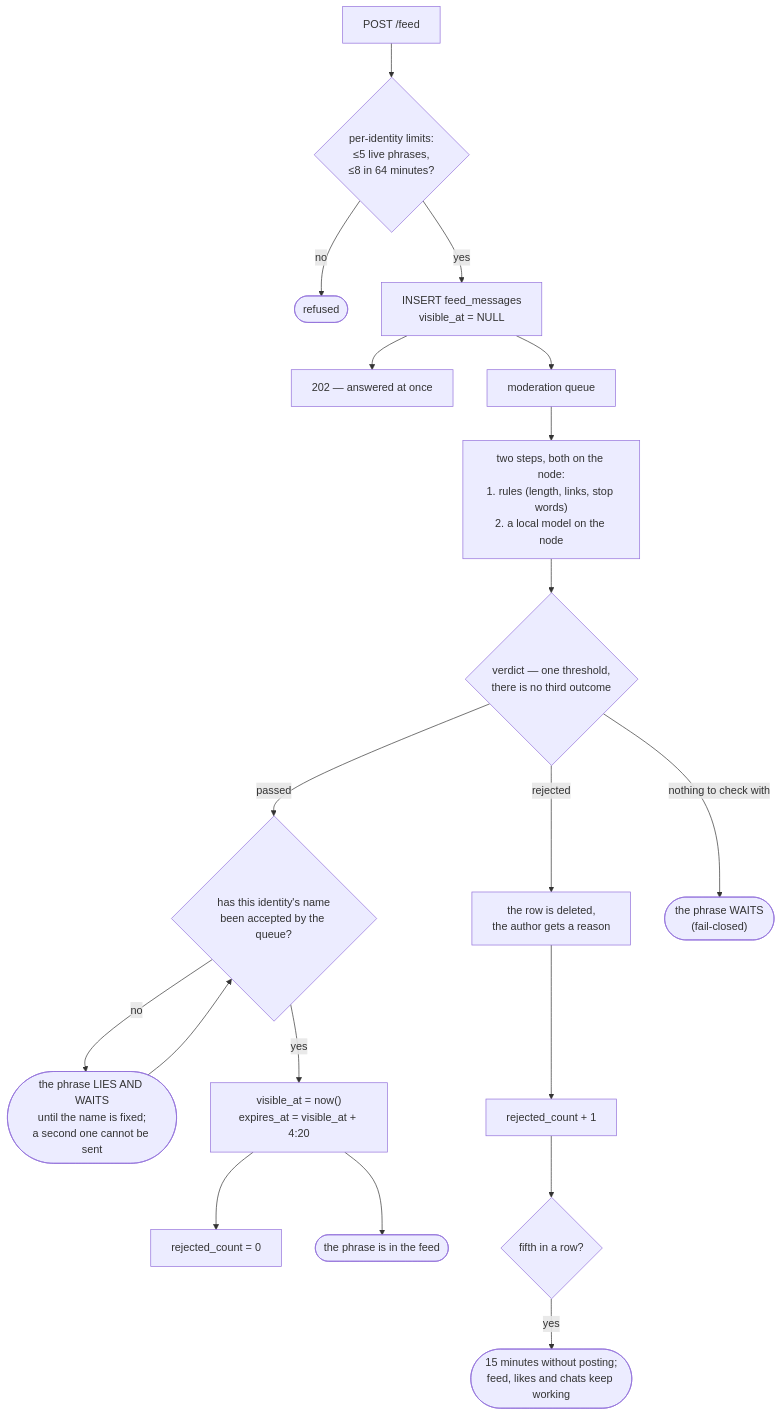
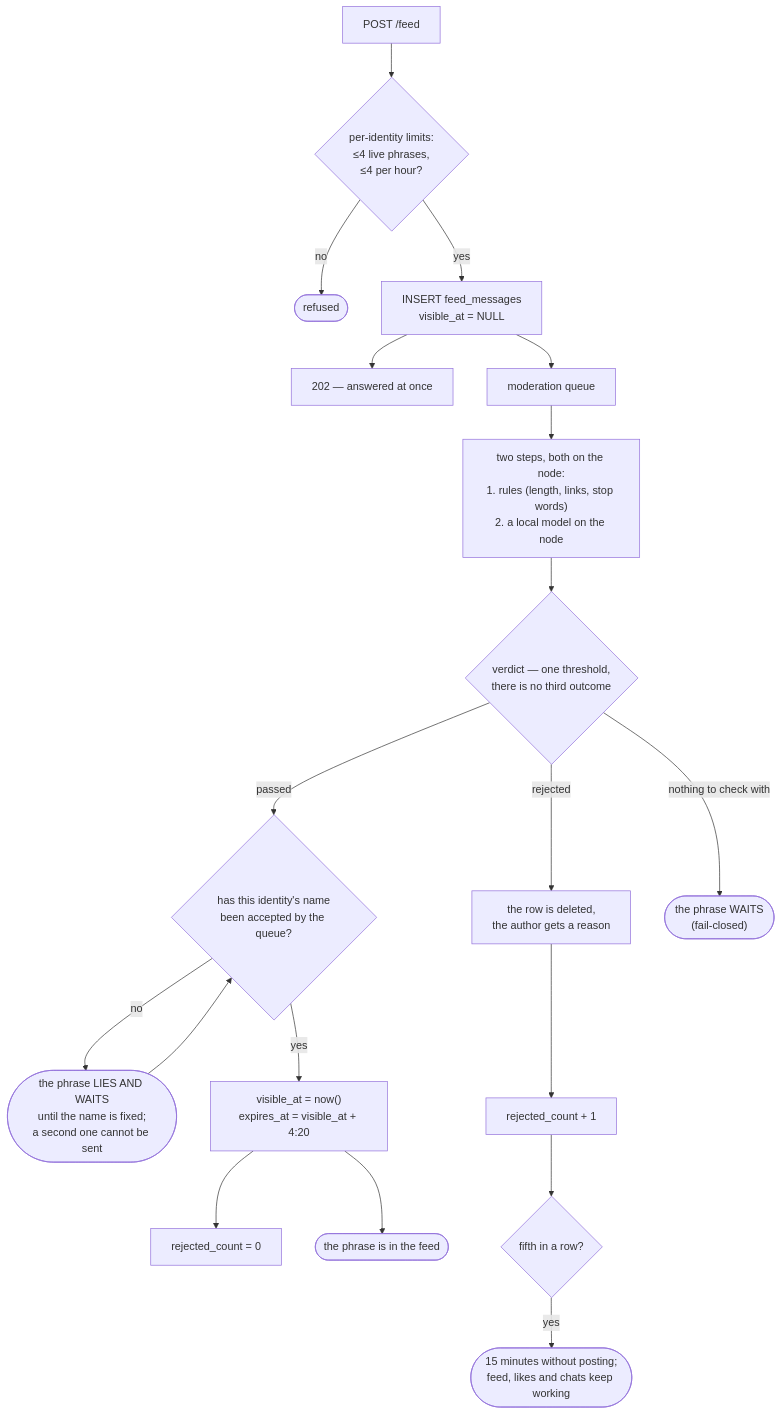
One commit to panov-id/xor.ad changed the seventh of 30 diagrams in docs/chat-flows_EN.md. Above: the diagram before and after it, drawn with Mermaid. The commit also changed other lines of this file and 10 other files, not shown here.

````diff
--- a/docs/chat-flows_EN.md
+++ b/docs/chat-flows_EN.md
@@ -222,21 +222,21 @@
 ```mermaid
 flowchart TD
-  post["POST /feed"] --> limits{"per-identity limits:<br/>≤5 live phrases,<br/>≤8 in 64 minutes?"}
+  post["POST /feed"] --> limits{"per-identity limits:<br/>≤4 live phrases,<br/>≤4 per hour?"}
   limits -- "no" --> refuse(["refused"])
   limits -- "yes" --> insert["INSERT feed_messages<br/>visible_at = NULL"]
   insert --> ans["202 — answered at once"]
   insert --> queue["moderation queue"]
   queue --> ladder["two steps, both on the node:<br/>1. rules #40;length, links, stop words#41;<br/>2. a local model on the node"]
   ladder --> verdict{"verdict — one threshold,<br/>there is no third outcome"}
   verdict -- "passed" --> name{"has this identity's name<br/>been accepted by the queue?"}
   name -- "no" --> hold(["the phrase LIES AND WAITS<br/>until the name is fixed;<br/>a second one cannot be sent"])
   hold --> name
   name -- "yes" --> live["visible_at = now#40;#41;<br/>expires_at = visible_at + 4:20"]
   live --> zero["rejected_count = 0"]
   live --> shown(["the phrase is in the feed"])
   verdict -- "rejected" --> del["the row is deleted,<br/>the author gets a reason"]
   del --> count["rejected_count + 1"]
   count --> block{"fifth in a row?"}
   block -- "yes" --> mute(["15 minutes without posting;<br/>feed, likes and chats keep working"])
   verdict -- "nothing to check with" --> wait(["the phrase WAITS<br/>#40;fail-closed#41;"])
 ```
````
